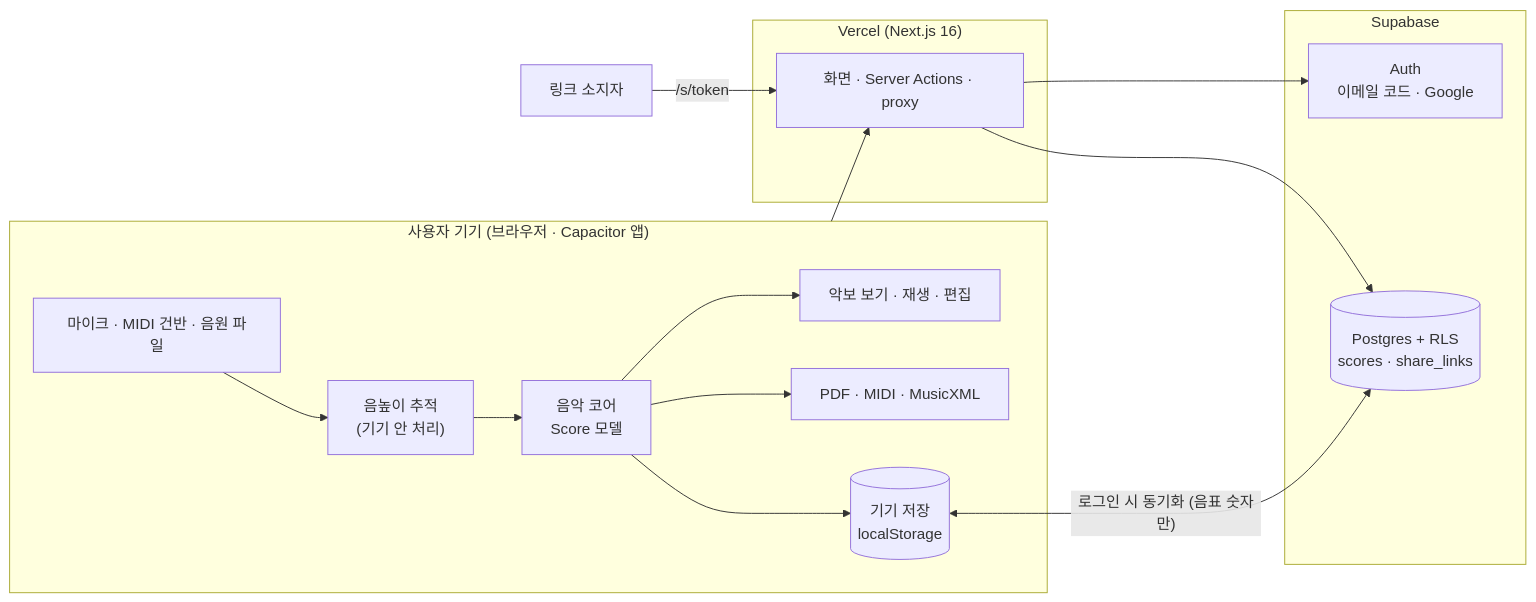
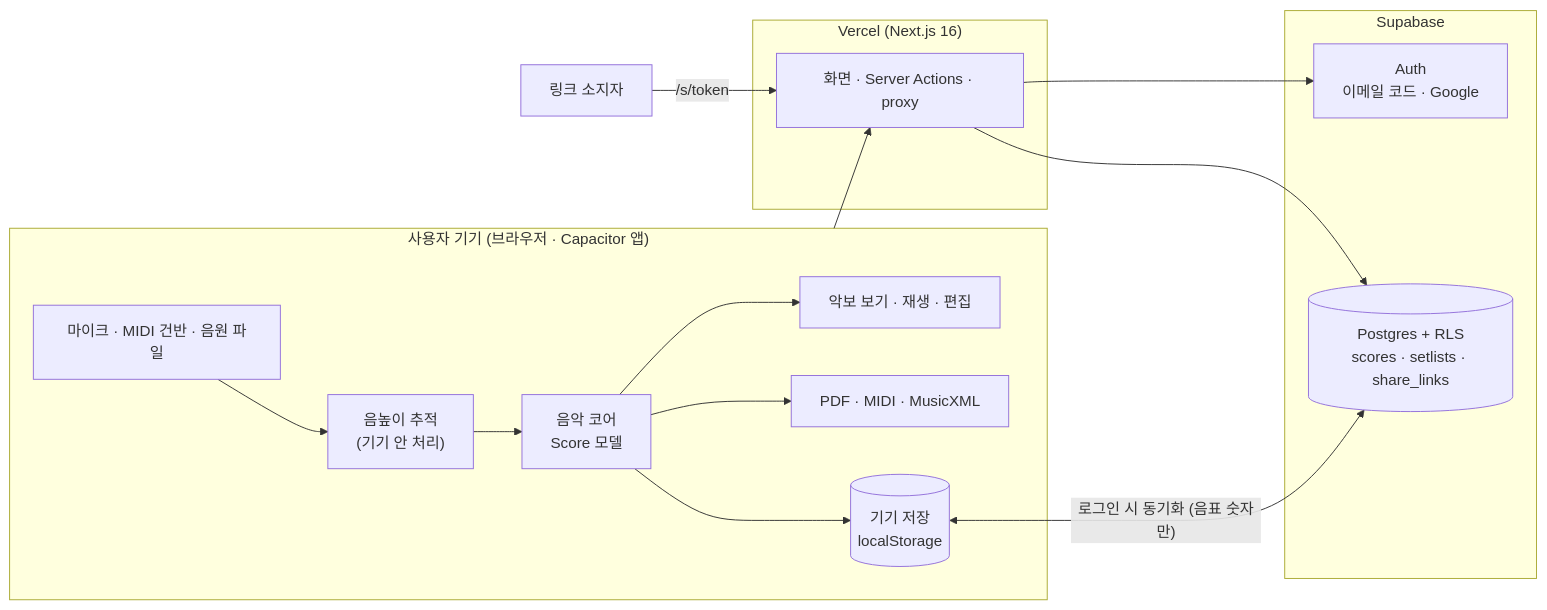
The first of 3 diagrams in README.md (DevOps0906/humscore), drawn with Mermaid before and after one commit. The commit also changed other lines of this file and 19 other files, not shown here.

````diff
--- a/README.md
+++ b/README.md
@@ -98,22 +98,22 @@
 ```mermaid
 flowchart LR
   subgraph Device["사용자 기기 (브라우저 · Capacitor 앱)"]
     Mic["마이크 · MIDI 건반 · 음원 파일"] --> Pitch["음높이 추적<br/>(기기 안 처리)"]
     Pitch --> Core["음악 코어<br/>Score 모델"]
     Core --> View["악보 보기 · 재생 · 편집"]
     Core --> Export["PDF · MIDI · MusicXML"]
     Core --> Local[("기기 저장<br/>localStorage")]
   end
   subgraph Vercel["Vercel (Next.js 16)"]
     Pages["화면 · Server Actions · proxy"]
   end
   subgraph Supabase["Supabase"]
     Auth["Auth<br/>이메일 코드 · Google"]
-    DB[("Postgres + RLS<br/>scores · share_links")]
+    DB[("Postgres + RLS<br/>scores · setlists · share_links")]
   end
   Local <-->|"로그인 시 동기화 (음표 숫자만)"| DB
   Device --> Pages
   Pages --> Auth
   Pages --> DB
   Guest["링크 소지자"] -->|"/s/token"| Pages
 ```
````
